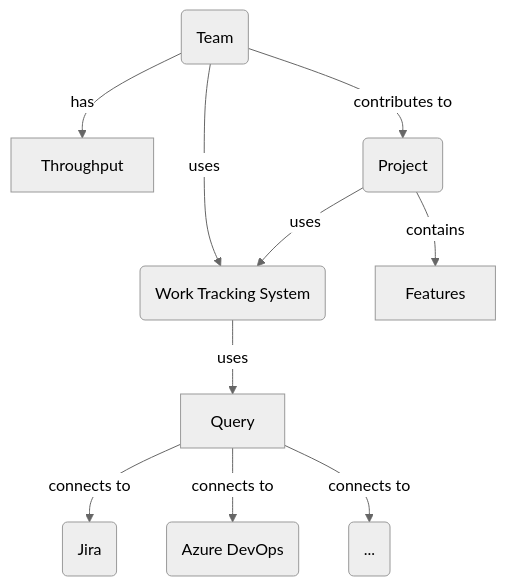
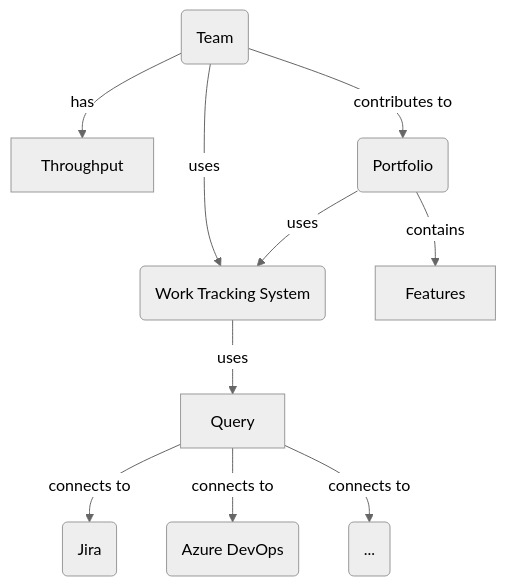
Before and after one commit to LetPeopleWork/Lighthouse: the diagram in docs/concepts/concepts.md, drawn with Mermaid. The commit also changed other lines of this file and 18 other files, not shown here.

Commit message:
Streamline naming in docs: Project --> Portfolio

````diff
--- a/docs/concepts/concepts.md
+++ b/docs/concepts/concepts.md
@@ -26,13 +26,13 @@
 ```mermaid
 %%{init: {'theme': 'neutral'}}%%
 flowchart TD
     A(Team) -->|has| G[Throughput]
     A -->|uses| B(Work Tracking System)
-    C(Project) -->|uses| B
+    C(Portfolio) -->|uses| B
     C -->|contains| H[Features]
     A -->|contributes to| C
     B -->|uses| F[Query]
     F -->|connects to| D(Jira)
     F -->|connects to| E(Azure DevOps)
     F -->|connects to| I(...)
 ```
````
